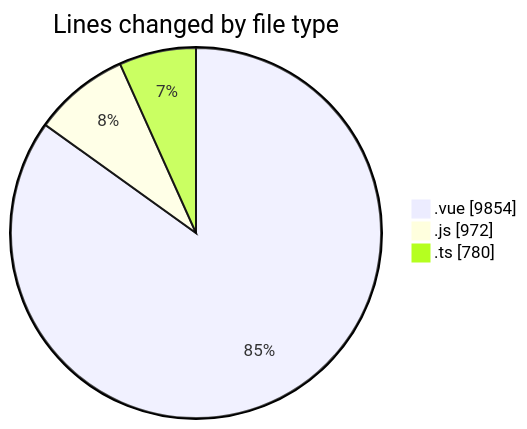
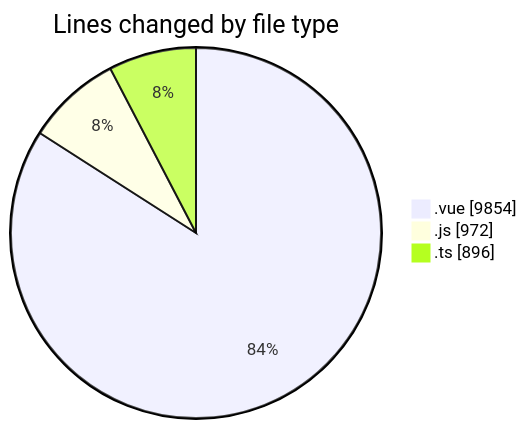
The first of 2 diagrams in 2025-08-13/rentotp/README.md (lephambinh05/code-tracking), drawn with Mermaid before and after one commit. The commit also changed other lines of this file and 1 other file, not shown here.

````diff
--- a/2025-08-13/rentotp/README.md
+++ b/2025-08-13/rentotp/README.md
@@ -40,7 +40,7 @@
 ```mermaid
 pie showData
 title Lines changed by file type
 ".vue" : 9854
 ".js" : 972
-".ts" : 780
+".ts" : 896
 ```
````
